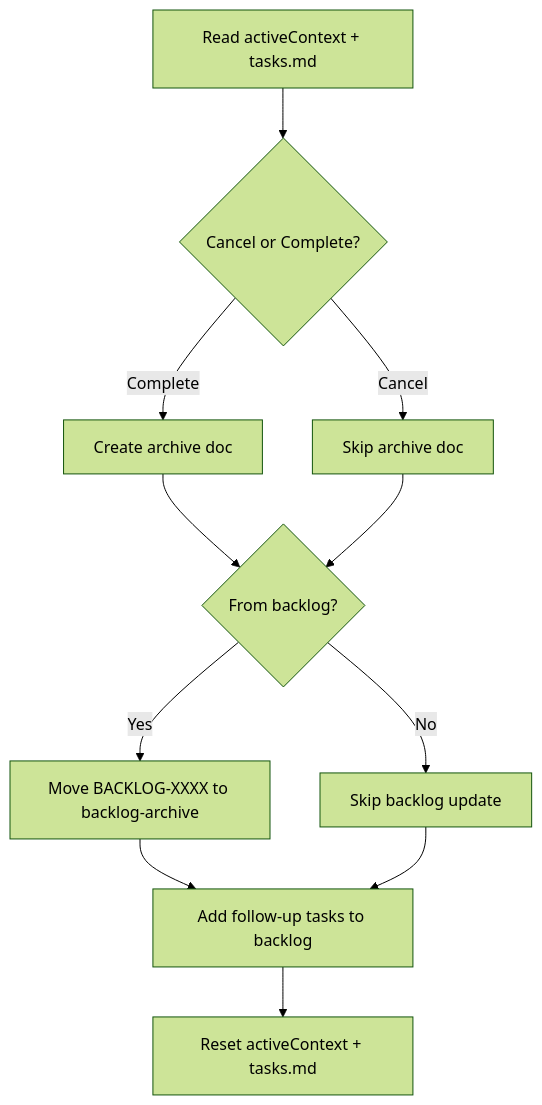
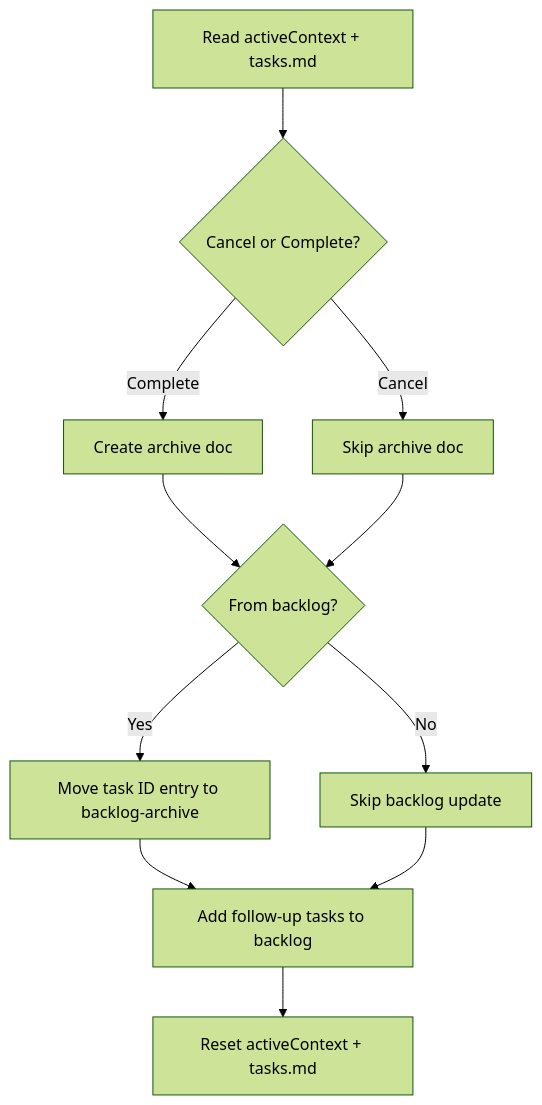
Before and after one commit to Arcanada-one/datarim: the tenth of 22 diagrams in skills/visual-maps.md, drawn with Mermaid (forest theme). The commit also changed other lines of this file and 43 other files, not shown here.

````diff
--- a/skills/visual-maps.md
+++ b/skills/visual-maps.md
@@ -155,13 +156,13 @@
 ```mermaid
 graph TD
     A["Read activeContext + tasks.md"] --> B{"Cancel or Complete?"}
     B -->|Complete| C["Create archive doc"]
     B -->|Cancel| H["Skip archive doc"]
     C --> D{"From backlog?"}
     H --> D
-    D -->|Yes| E["Move BACKLOG-XXXX to backlog-archive"]
+    D -->|Yes| E["Move task ID entry to backlog-archive"]
     D -->|No| F["Skip backlog update"]
     E --> G["Add follow-up tasks to backlog"]
     F --> G
     G --> I["Reset activeContext + tasks.md"]
 ```
````
